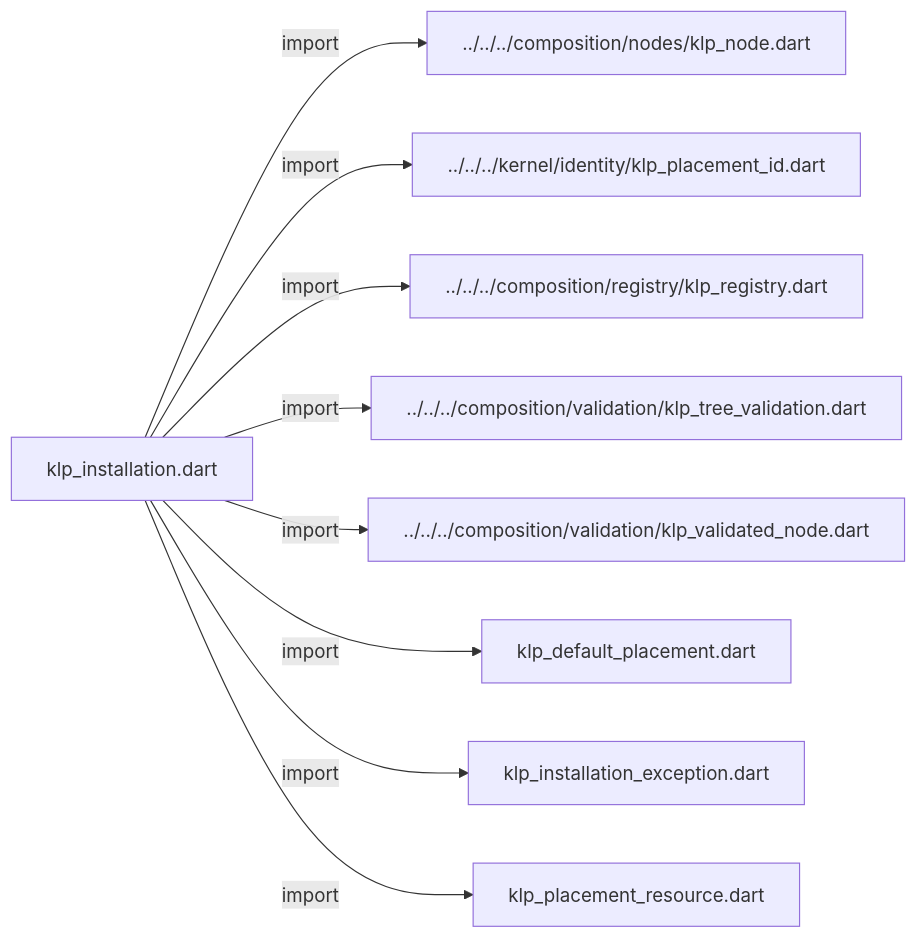
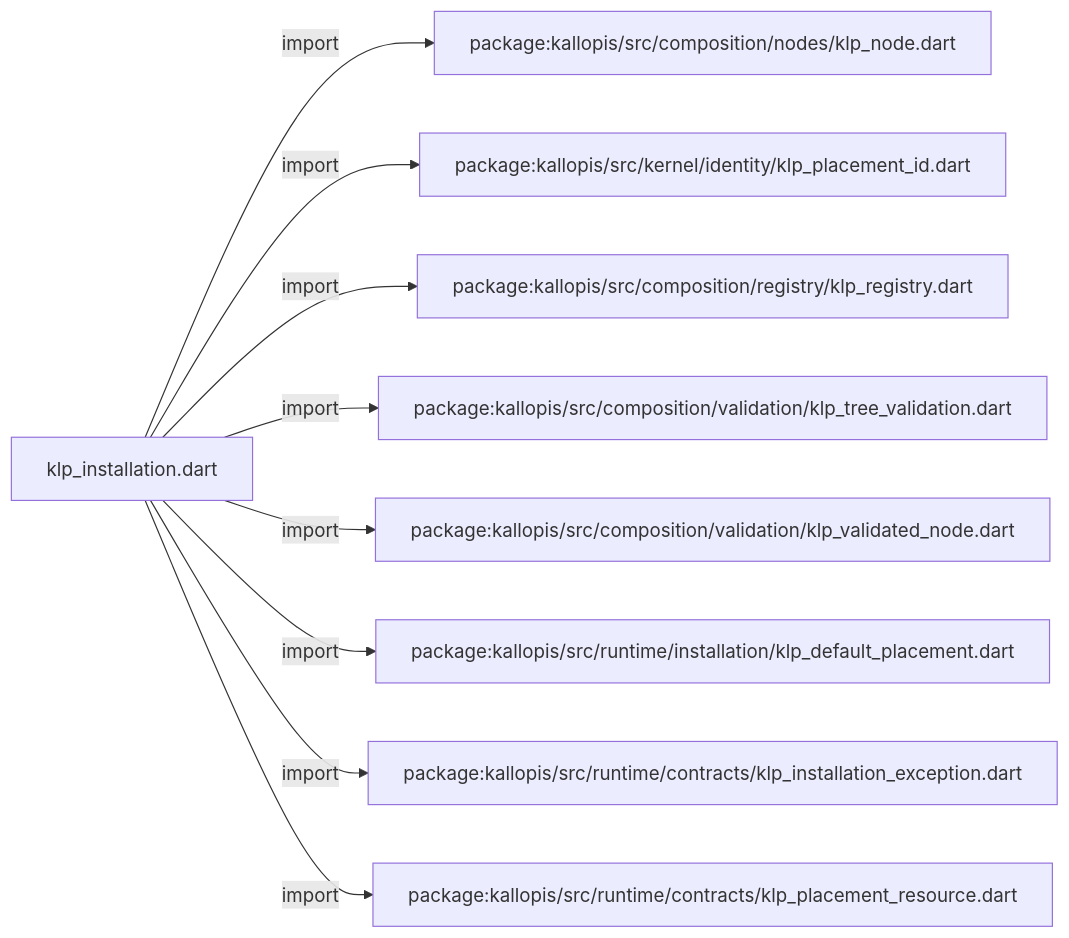
The first of 2 diagrams in docs/architecture/src/runtime/installation/internal/klp_installation.md (MiuDog/Kallopis), drawn with Mermaid before and after one commit. The commit also changed other lines of this file and 9688 other files, not shown here.

Commit message:
Prepare isolated Flow F2 peer baseline

````diff
--- a/docs/architecture/src/runtime/installation/internal/klp_installation.md
+++ b/docs/architecture/src/runtime/installation/internal/klp_installation.md
@@ -11,20 +11,20 @@
 ```mermaid
 flowchart LR
 	n0["klp_installation.dart"]
-	n1["../../../composition/nodes/klp_node.dart"]
-	n2["../../../kernel/identity/klp_placement_id.dart"]
-	n3["../../../composition/registry/klp_registry.dart"]
-	n4["../../../composition/validation/klp_tree_validation.dart"]
-	n5["../../../composition/validation/klp_validated_node.dart"]
-	n6["klp_default_placement.dart"]
-	n7["klp_installation_exception.dart"]
-	n8["klp_placement_resource.dart"]
+	n1["package:kallopis/src/composition/nodes/klp_node.dart"]
+	n2["package:kallopis/src/kernel/identity/klp_placement_id.dart"]
+	n3["package:kallopis/src/composition/registry/klp_registry.dart"]
+	n4["package:kallopis/src/composition/validation/klp_tree_validation.dart"]
+	n5["package:kallopis/src/composition/validation/klp_validated_node.dart"]
+	n6["package:kallopis/src/runtime/installation/klp_default_placement.dart"]
+	n7["package:kallopis/src/runtime/contracts/klp_installation_exception.dart"]
+	n8["package:kallopis/src/runtime/contracts/klp_placement_resource.dart"]
 	n0 -->|"import"| n1
 	n0 -->|"import"| n2
 	n0 -->|"import"| n3
 	n0 -->|"import"| n4
 	n0 -->|"import"| n5
 	n0 -->|"import"| n6
 	n0 -->|"import"| n7
 	n0 -->|"import"| n8
 ```
````
